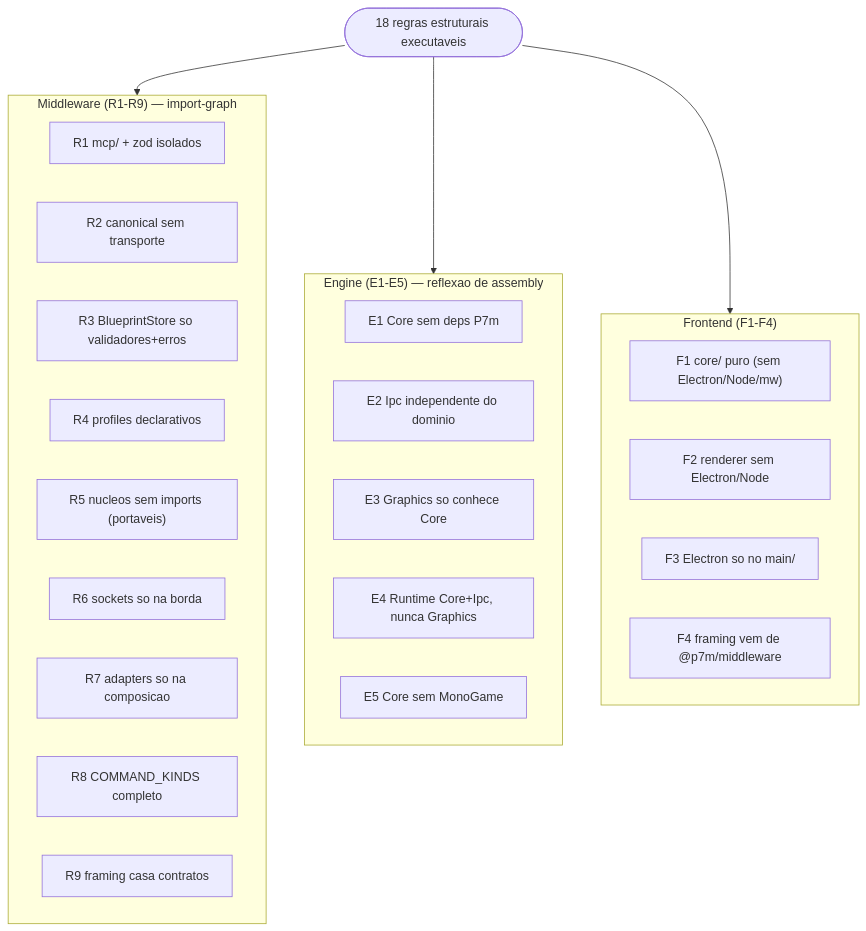
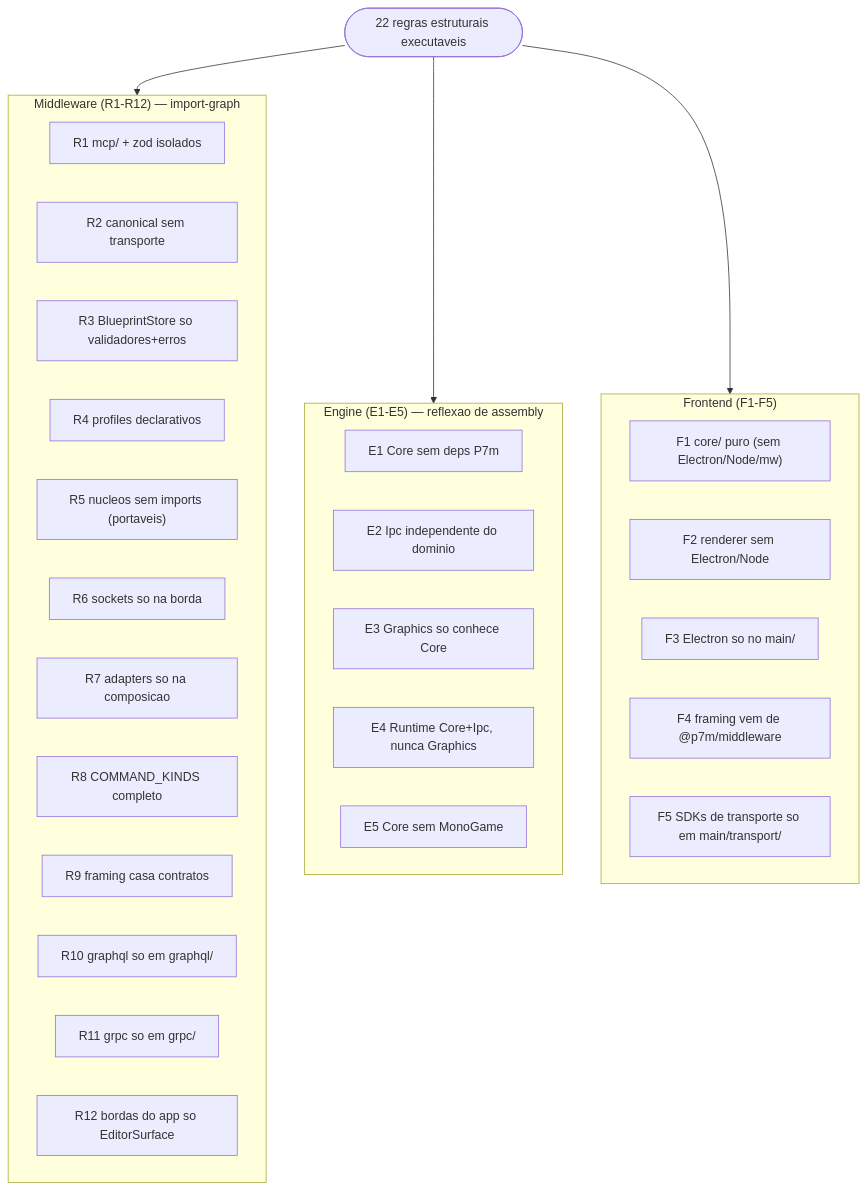
One commit to flaviotinococoutinho/Gridsmith changed the second of 5 diagrams in docs/GOVERNANCE.md. Above: the diagram before and after it, drawn with Mermaid. The commit also changed other lines of this file and 49 other files, not shown here.

````diff
--- a/docs/GOVERNANCE.md
+++ b/docs/GOVERNANCE.md
@@ -63,30 +67,34 @@
 ```mermaid
 graph TD
-  ROOT(["18 regras estruturais executaveis"]) --> MWg
+  ROOT(["22 regras estruturais executaveis"]) --> MWg
   ROOT --> ENg
   ROOT --> FEg
-  subgraph MWg["Middleware (R1-R9) — import-graph"]
+  subgraph MWg["Middleware (R1-R12) — import-graph"]
     R1["R1 mcp/ + zod isolados"]
     R2["R2 canonical sem transporte"]
     R3["R3 BlueprintStore so validadores+erros"]
     R4["R4 profiles declarativos"]
     R5["R5 nucleos sem imports (portaveis)"]
     R6["R6 sockets so na borda"]
     R7["R7 adapters so na composicao"]
     R8["R8 COMMAND_KINDS completo"]
     R9["R9 framing casa contratos"]
+    R10["R10 graphql so em graphql/"]
+    R11["R11 grpc so em grpc/"]
+    R12["R12 bordas do app so EditorSurface"]
   end
   subgraph ENg["Engine (E1-E5) — reflexao de assembly"]
     E1["E1 Core sem deps P7m"]
     E2["E2 Ipc independente do dominio"]
     E3["E3 Graphics so conhece Core"]
     E4["E4 Runtime Core+Ipc, nunca Graphics"]
     E5["E5 Core sem MonoGame"]
   end
-  subgraph FEg["Frontend (F1-F4)"]
+  subgraph FEg["Frontend (F1-F5)"]
     F1["F1 core/ puro (sem Electron/Node/mw)"]
     F2["F2 renderer sem Electron/Node"]
     F3["F3 Electron so no main/"]
     F4["F4 framing vem de @p7m/middleware"]
+    F5["F5 SDKs de transporte so em main/transport/"]
   end
 ```
````
